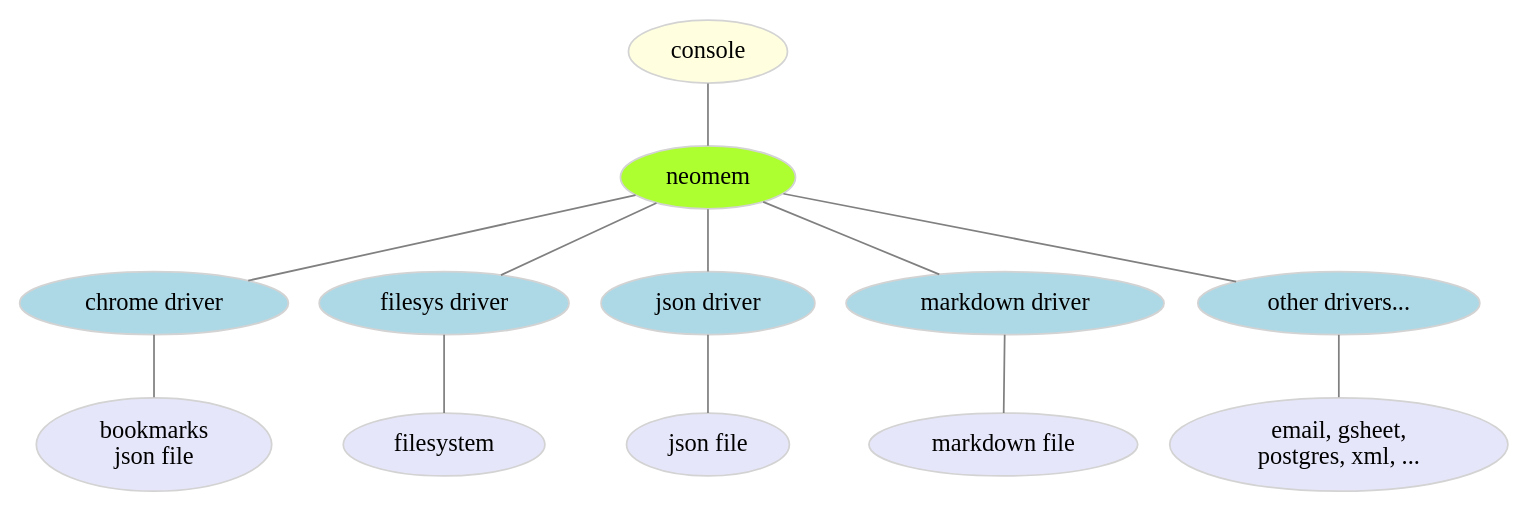
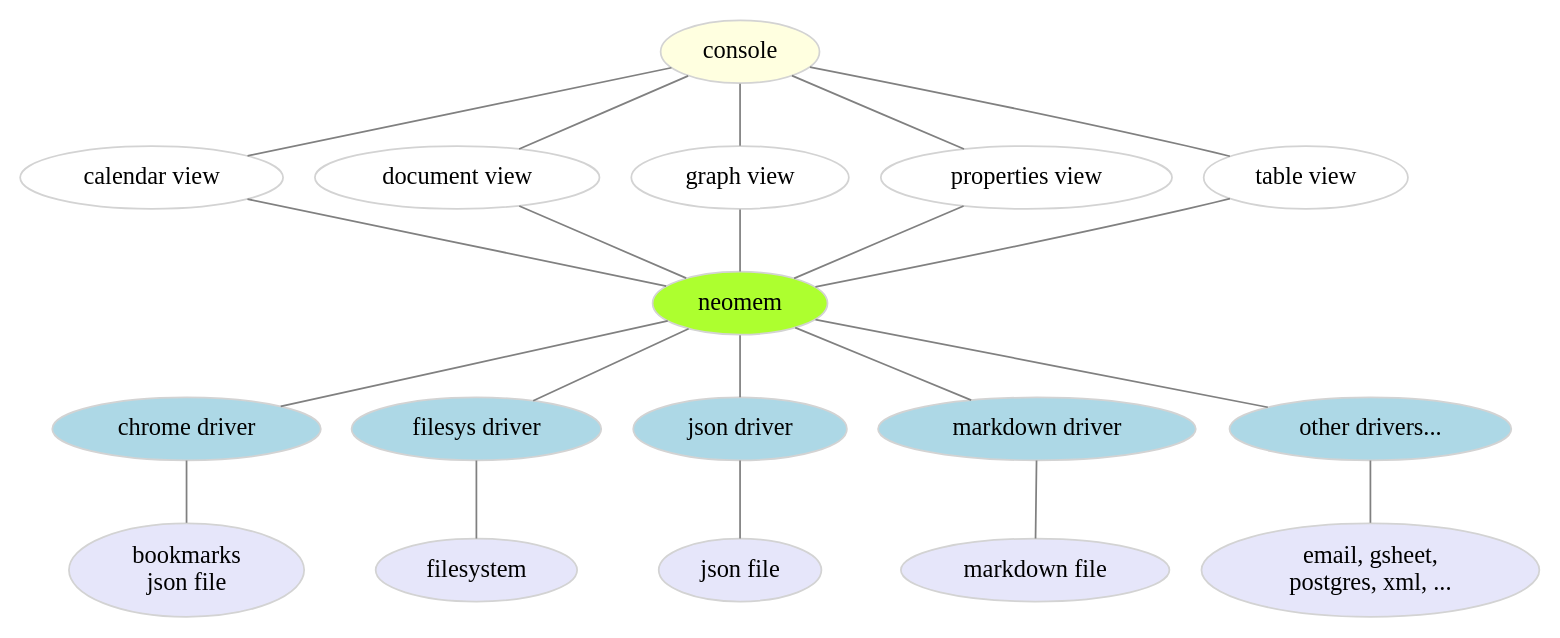
The diagram in design/architecture.dot (bburns/neomem), drawn with Graphviz before and after one commit. The commit also changed 1 other file, not shown here.

```diff
--- a/design/architecture.dot
+++ b/design/architecture.dot
@@ -1,38 +1,39 @@
 graph architecture {
 
   // styles
   // rankdir=LR; // left-to-right
   node [ color=lightgray; fillcolor=lightblue; style=filled ]; // default
   edge [ color=gray, fontcolor=gray ]; // default
 
   // nodes
   console [ fillcolor=lightyellow ];
-  neomem [label="neomem"; fillcolor=greenyellow ];
-  driverChrome [label="chrome driver"];
-  driverFilesys [label="filesys driver"];
-  // driverGsheet [label="gsheet driver"];
-  driverJson [label="json driver"];
-  driverMarkdown [label="markdown driver"];
-  driverOther [label="other drivers..."];
+  viewCalendar [ label="calendar view", fillcolor=white ];
+  viewDocument [ label="document view", fillcolor=white ];
+  viewGraph [ label="graph view", fillcolor=white ];
+  viewProperties [ label="properties view", fillcolor=white ];
+  viewTable [ label="table view", fillcolor=white ];
+  neomem [ label="neomem"; fillcolor=greenyellow ];
+  driverChrome [ label="chrome driver"];
+  driverFilesys [ label="filesys driver"];
+  driverJson [ label="json driver"];
+  driverMarkdown [ label="markdown driver"];
+  driverOther [ label="other drivers..."];
   sourceChrome [ label="bookmarks\njson file", fillcolor=lavender ];
   sourceFilesys [ label="filesystem", fillcolor=lavender ];
-  // sourceGsheet [ label="google sheet", fillcolor=lavender ];
   sourceJson [ label="json file", fillcolor=lavender ];
   sourceMarkdown [ label="markdown file", fillcolor=lavender ];
   sourceOther [ label="email, gsheet,\npostgres, xml, ...", fillcolor=lavender ];
 
   // edges
-  console -- neomem;
+  console -- { viewCalendar, viewDocument, viewGraph, viewProperties, viewTable } -- neomem;
   neomem -- driverChrome;
   neomem -- driverFilesys;
-  // neomem -- driverGsheet;
   neomem -- driverJson;
   neomem -- driverMarkdown;
   neomem -- driverOther;
   driverChrome -- sourceChrome;
   driverFilesys -- sourceFilesys;
-  // driverGsheet -- sourceGsheet;
   driverJson -- sourceJson;
   driverMarkdown -- sourceMarkdown;
   driverOther -- sourceOther;
 }
```
